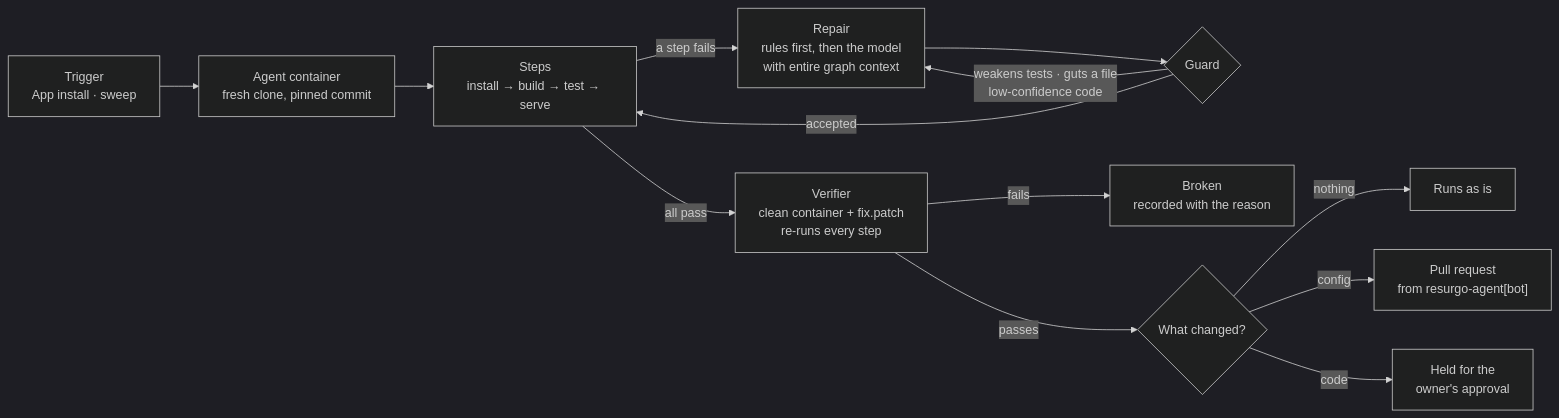
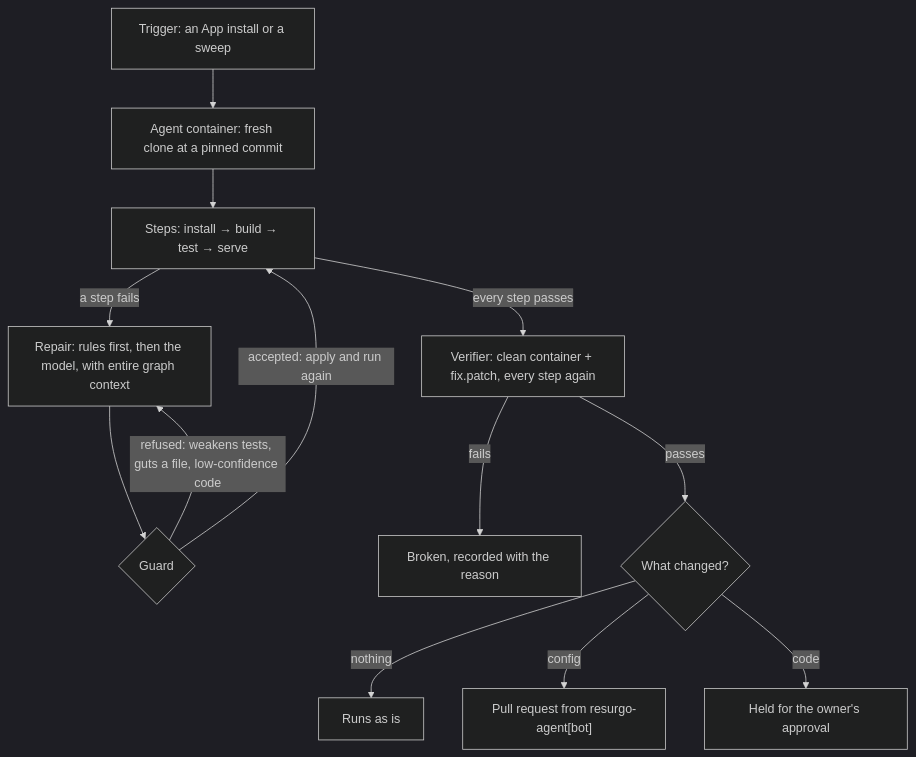
One commit to Timidan/resurgo changed the first of 2 diagrams in README.md. Above: the diagram before and after it, drawn with Mermaid (dark theme). The commit also changed other lines of this file, not shown here.

Commit message:
README: draw both diagrams top to bottom so they read at page width

````diff
--- a/README.md
+++ b/README.md
@@ -89,15 +89,15 @@
 ```mermaid
-flowchart LR
-  T["Trigger<br/>App install · sweep"] --> A["Agent container<br/>fresh clone, pinned commit"]
-  A --> S["Steps<br/>install → build → test → serve"]
-  S -- a step fails --> R["Repair<br/>rules first, then the model<br/>with entire graph context"]
+flowchart TB
+  T["Trigger: an App install or a sweep"] --> A["Agent container: fresh clone at a pinned commit"]
+  A --> S["Steps: install → build → test → serve"]
+  S -- "a step fails" --> R["Repair: rules first, then the model, with entire graph context"]
   R --> G{"Guard"}
-  G -- "weakens tests · guts a file<br/>low-confidence code" --> R
-  G -- accepted --> S
-  S -- all pass --> V["Verifier<br/>clean container + fix.patch<br/>re-runs every step"]
-  V -- fails --> B["Broken<br/>recorded with the reason"]
+  G -- "refused: weakens tests, guts a file, low-confidence code" --> R
+  G -- "accepted: apply and run again" --> S
+  S -- "every step passes" --> V["Verifier: clean container + fix.patch, every step again"]
+  V -- fails --> B["Broken, recorded with the reason"]
   V -- passes --> K{"What changed?"}
   K -- nothing --> OK["Runs as is"]
-  K -- config --> P["Pull request<br/>from resurgo-agent[bot]"]
-  K -- code --> H["Held for the<br/>owner's approval"]
+  K -- config --> P["Pull request from resurgo-agent[bot]"]
+  K -- code --> H["Held for the owner's approval"]
 ```
````
